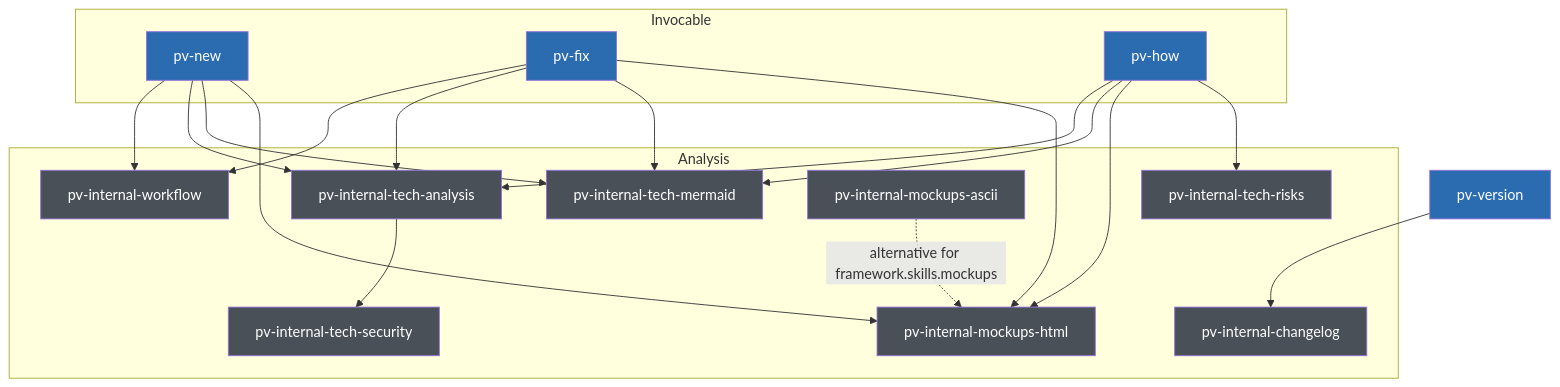
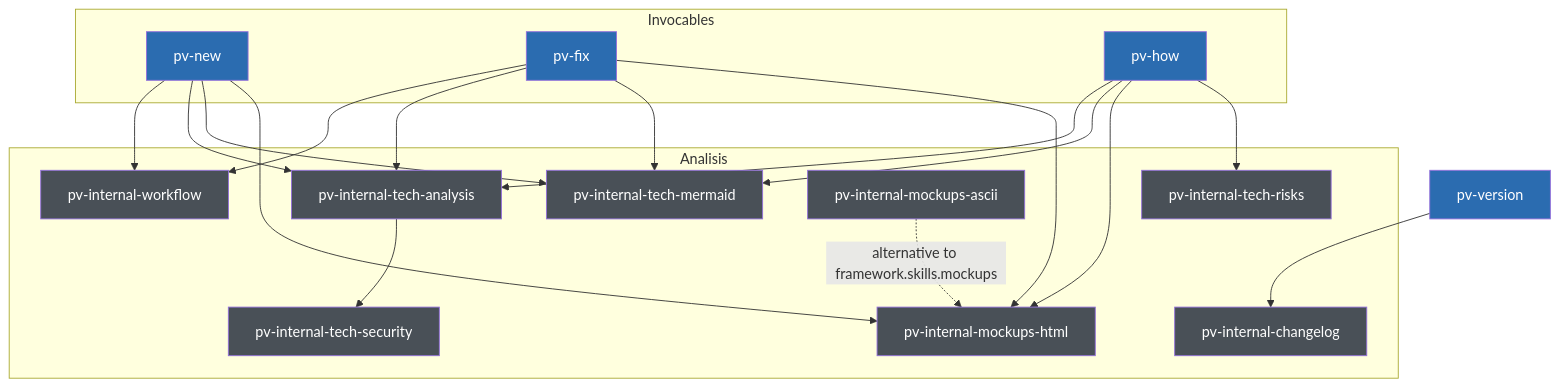
Before and after one commit to yeyopepe/previo-sdd: the second of 3 diagrams in .claude/pv-doc/pv-design/pv-design.en.md, drawn with Mermaid. The commit also changed other lines of this file and 38 other files, not shown here.

````diff
--- a/.claude/pv-doc/pv-design/pv-design.en.md
+++ b/.claude/pv-doc/pv-design/pv-design.en.md
@@ -153,47 +153,47 @@
 ```mermaid
 graph TD
-    subgraph Invocable
+    subgraph Invocables
         pv_new["pv-new"]
         pv_fix["pv-fix"]
         pv_how["pv-how"]
     end
 
-    subgraph Analysis
+    subgraph Analisis
         pv_workflow["pv-internal-workflow"]
         pv_tech_analysis["pv-internal-tech-analysis"]
         pv_tech_security["pv-internal-tech-security"]
         pv_tech_mermaid["pv-internal-tech-mermaid"]
         pv_tech_risks["pv-internal-tech-risks"]
         pv_mockups_html["pv-internal-mockups-html"]
         pv_mockups_ascii["pv-internal-mockups-ascii"]
         pv_changelog["pv-internal-changelog"]
     end
 
     pv_version["pv-version"]
 
     pv_new --> pv_workflow
     pv_new --> pv_tech_analysis
     pv_new --> pv_tech_mermaid
     pv_new --> pv_mockups_html
 
     pv_fix --> pv_workflow
     pv_fix --> pv_tech_analysis
     pv_fix --> pv_tech_mermaid
     pv_fix --> pv_mockups_html
 
     pv_how --> pv_tech_analysis
     pv_how --> pv_tech_mermaid
     pv_how --> pv_mockups_html
     pv_how --> pv_tech_risks
 
     pv_tech_analysis --> pv_tech_security
 
     pv_version --> pv_changelog
 
-    pv_mockups_ascii -.->|"alternative for framework.skills.mockups"| pv_mockups_html
+    pv_mockups_ascii -.->|"alternative to framework.skills.mockups"| pv_mockups_html
 
     classDef entry fill:#2b6cb0,color:#fff
     classDef internal fill:#495057,color:#fff
     class pv_new,pv_fix,pv_how,pv_version entry
     class pv_workflow,pv_tech_analysis,pv_tech_security,pv_tech_mermaid,pv_tech_risks,pv_mockups_html,pv_mockups_ascii,pv_changelog internal
 ```
````
